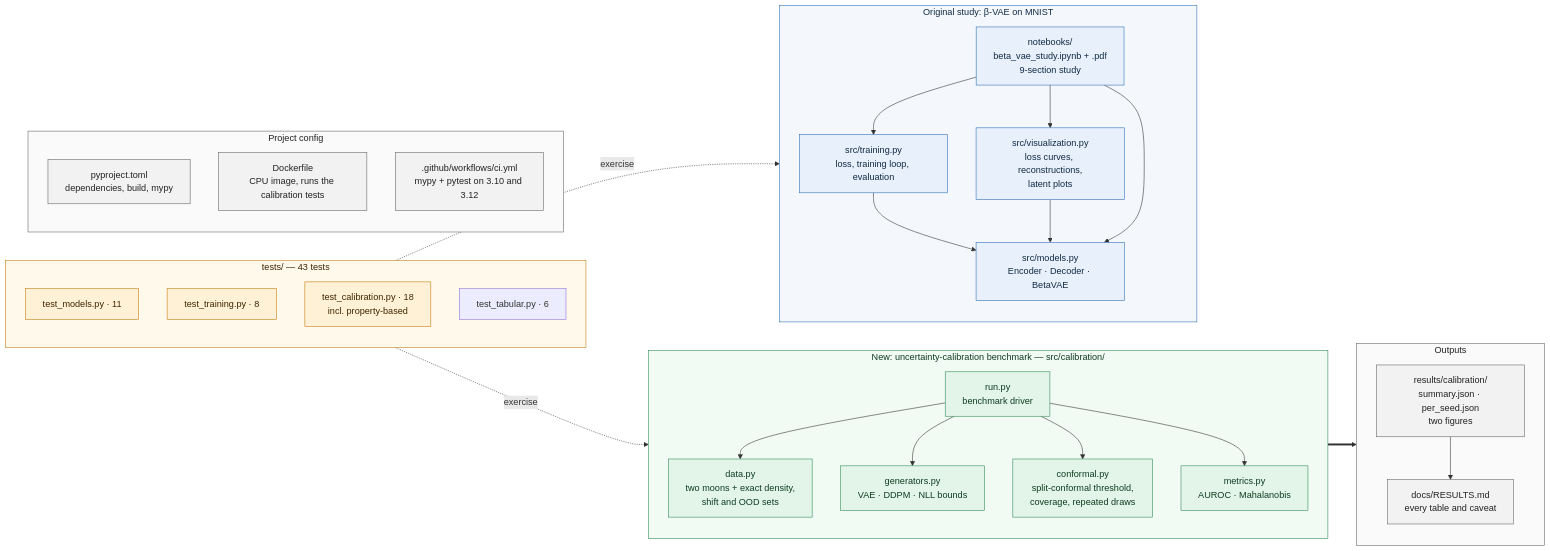
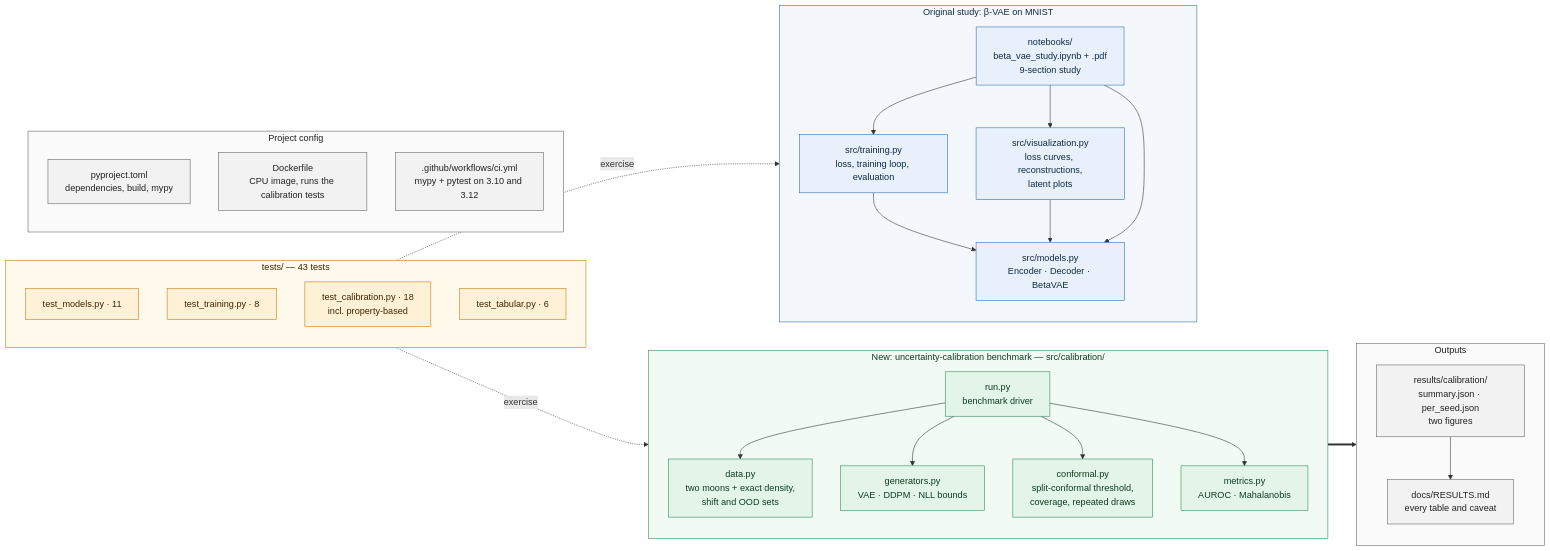
One commit to PCSchmidt/generative-modeling-study changed the second of 2 diagrams in README.md. Above: the diagram before and after it, drawn with Mermaid. The commit also changed other lines of this file, not shown here.

Commit message:
README: restructure to the portfolio format (overview, at a glance, architecture, method, results, limitations, known gaps, operational notes, glossary)

````diff
--- a/README.md
+++ b/README.md
@@ -114,68 +94,68 @@
 ```mermaid
 flowchart LR
     subgraph cal["New: uncertainty-calibration benchmark — src/calibration/"]
         direction TB
         D["data.py<br>two moons + exact density,<br>shift and OOD sets"]
         G["generators.py<br>VAE · DDPM · NLL bounds"]
         C["conformal.py<br>split-conformal threshold,<br>coverage, repeated draws"]
         ME["metrics.py<br>AUROC · Mahalanobis"]
         R["run.py<br>benchmark driver"]
         R --> D
         R --> G
         R --> C
         R --> ME
     end
 
     subgraph out["Outputs"]
         direction TB
         RES["results/calibration/<br>summary.json · per_seed.json<br>two figures"]
         DOC["docs/RESULTS.md<br>every table and caveat"]
     end
 
     subgraph orig["Original study: β-VAE on MNIST"]
         direction TB
         M["src/models.py<br>Encoder · Decoder · BetaVAE"]
         T["src/training.py<br>loss, training loop, evaluation"]
         V["src/visualization.py<br>loss curves, reconstructions,<br>latent plots"]
         NB["notebooks/<br>beta_vae_study.ipynb + .pdf<br>9-section study"]
         T --> M
         V --> M
         NB --> M
         NB --> T
         NB --> V
     end
 
     subgraph tst["tests/ — 43 tests"]
         direction TB
         T1["test_models.py · 11"]
         T2["test_training.py · 8"]
         T3["test_calibration.py · 18<br>incl. property-based"]
         T4["test_tabular.py · 6"]
     end
 
     subgraph cfg["Project config"]
         direction TB
         PY["pyproject.toml<br>dependencies, build, mypy"]
         DK["Dockerfile<br>CPU image, runs the calibration tests"]
         CI[".github/workflows/ci.yml<br>mypy + pytest on 3.10 and 3.12"]
     end
 
     tst -.->|"exercise"| orig
     tst -.->|"exercise"| cal
     R ==> RES
     RES --> DOC
 
     classDef old fill:#e8f1fb,stroke:#2f6db5,color:#102a43
     classDef new fill:#e3f5e8,stroke:#2e8b57,color:#0f3b21
     classDef test fill:#fff1d6,stroke:#c27c0e,color:#3d2500
     classDef outp fill:#f2f2f2,stroke:#666,color:#222
     class M,T,V,NB old
     class D,G,C,ME,R new
-    class T1,T2,T3 test
+    class T1,T2,T3,T4 test
     class RES,DOC,PY,DK,CI outp
     style orig fill:#f4f8fd,stroke:#2f6db5,color:#102a43
     style cal fill:#f2faf4,stroke:#2e8b57,color:#0f3b21
     style tst fill:#fff9ec,stroke:#c27c0e,color:#3d2500
     style out fill:#fafafa,stroke:#666,color:#222
     style cfg fill:#fafafa,stroke:#666,color:#222
 ```
````
